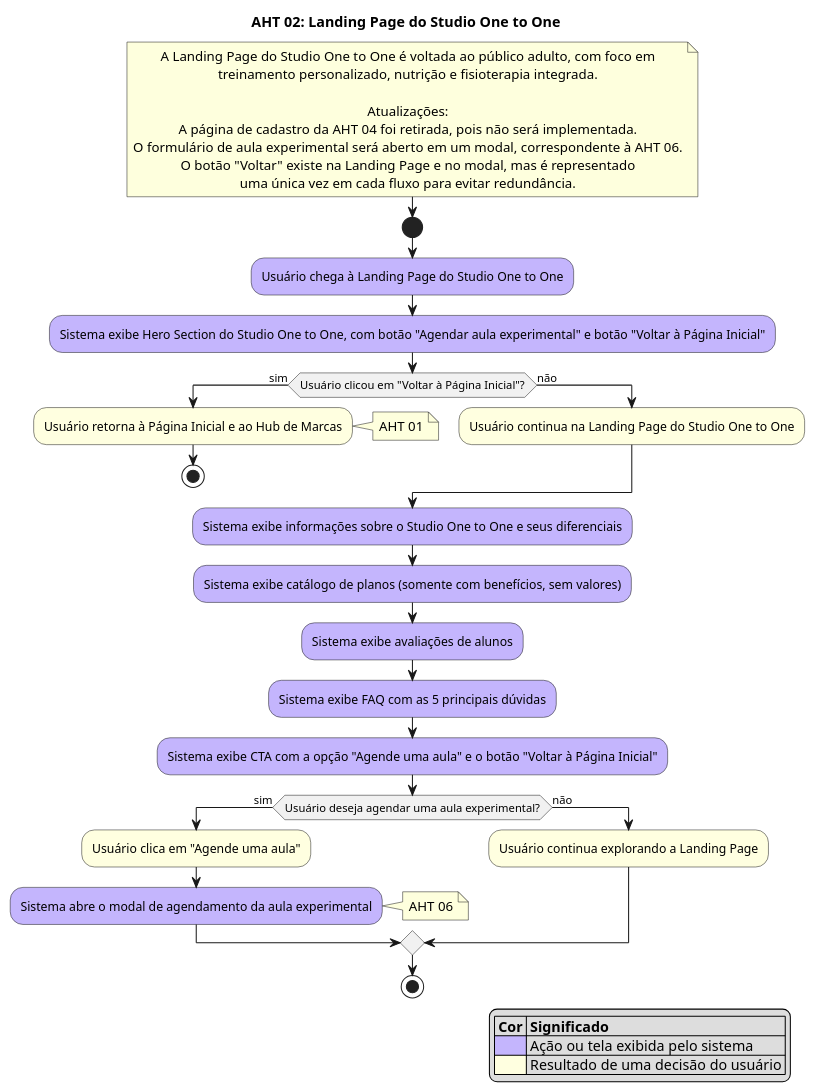
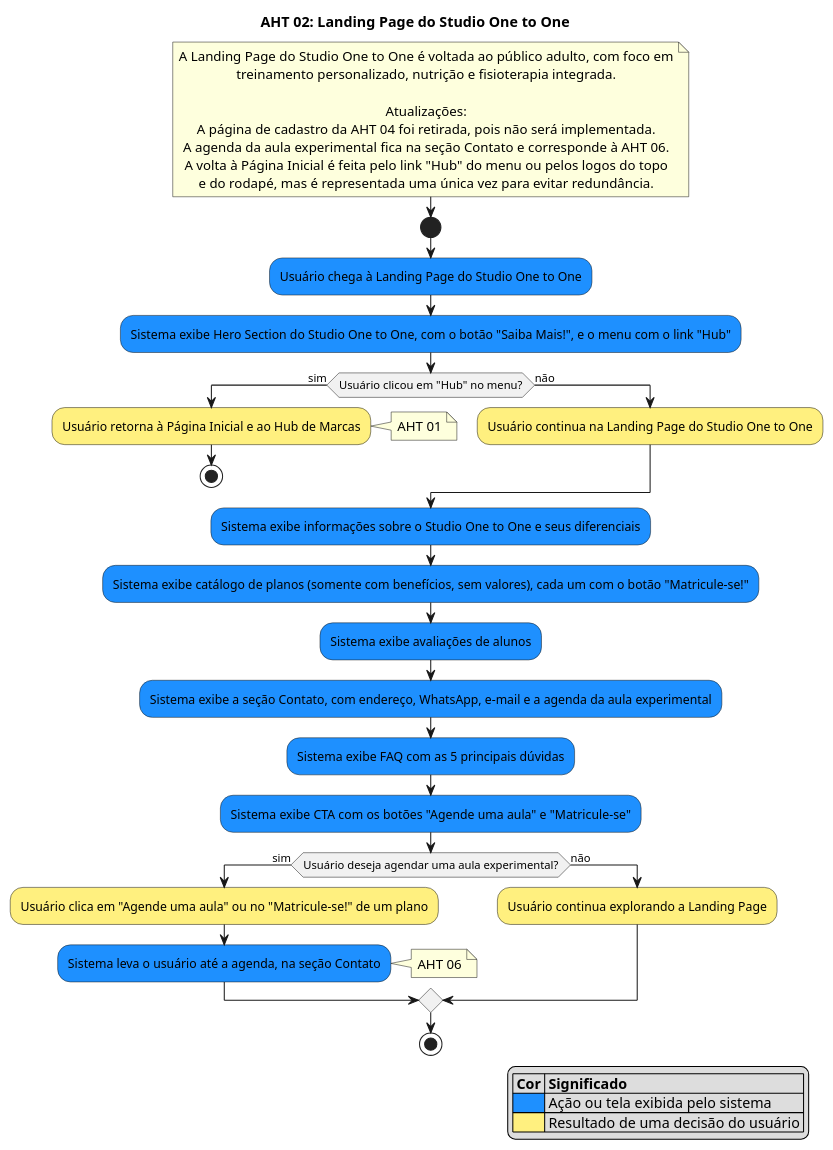
One commit to tav-ibmec/PFE-2026-2-Grupo-1-vanila changed the diagram in Documentos/AHTs/AHT02-OnetoOne-landing-page.puml. Above: the diagram before and after it, drawn with PlantUML. The commit also changed 1 other file, not shown here.

Commit message:
Atualizando a AHT 02

```diff
--- a/Documentos/AHTs/AHT02-OnetoOne-landing-page.puml
+++ b/Documentos/AHTs/AHT02-OnetoOne-landing-page.puml
@@ -1,50 +1,51 @@
 @startuml AHT02-OnetoOne-landing-page
 skinparam DefaultTextAlignment center
 title AHT 02: Landing Page do Studio One to One
 
 note right
   A Landing Page do Studio One to One é voltada ao público adulto, com foco em
   treinamento personalizado, nutrição e fisioterapia integrada.
 
   Atualizações:
   A página de cadastro da AHT 04 foi retirada, pois não será implementada.
-  O formulário de aula experimental será aberto em um modal, correspondente à AHT 06.
-  O botão "Voltar" existe na Landing Page e no modal, mas é representado
-  uma única vez em cada fluxo para evitar redundância.
+  A agenda da aula experimental fica na seção Contato e corresponde à AHT 06.
+  A volta à Página Inicial é feita pelo link "Hub" do menu ou pelos logos do topo
+  e do rodapé, mas é representada uma única vez para evitar redundância.
 end note
 
 start
 
-#C4B5FD:Usuário chega à Landing Page do Studio One to One;
-#C4B5FD:Sistema exibe Hero Section do Studio One to One, com botão "Agendar aula experimental" e botão "Voltar à Página Inicial";
+#1E90FF:Usuário chega à Landing Page do Studio One to One;
+#1E90FF:Sistema exibe Hero Section do Studio One to One, com o botão "Saiba Mais!", e o menu com o link "Hub";
 
-if (Usuário clicou em "Voltar à Página Inicial"?) then (sim)
-  #lightyellow:Usuário retorna à Página Inicial e ao Hub de Marcas;
+if (Usuário clicou em "Hub" no menu?) then (sim)
+  #FFF07F:Usuário retorna à Página Inicial e ao Hub de Marcas;
   note right: AHT 01
   stop
 else (não)
-  #lightyellow:Usuário continua na Landing Page do Studio One to One;
+  #FFF07F:Usuário continua na Landing Page do Studio One to One;
 endif
 
-#C4B5FD:Sistema exibe informações sobre o Studio One to One e seus diferenciais;
-#C4B5FD:Sistema exibe catálogo de planos (somente com benefícios, sem valores);
-#C4B5FD:Sistema exibe avaliações de alunos;
-#C4B5FD:Sistema exibe FAQ com as 5 principais dúvidas;
-#C4B5FD:Sistema exibe CTA com a opção "Agende uma aula" e o botão "Voltar à Página Inicial";
+#1E90FF:Sistema exibe informações sobre o Studio One to One e seus diferenciais;
+#1E90FF:Sistema exibe catálogo de planos (somente com benefícios, sem valores), cada um com o botão "Matricule-se!";
+#1E90FF:Sistema exibe avaliações de alunos;
+#1E90FF:Sistema exibe a seção Contato, com endereço, WhatsApp, e-mail e a agenda da aula experimental;
+#1E90FF:Sistema exibe FAQ com as 5 principais dúvidas;
+#1E90FF:Sistema exibe CTA com os botões "Agende uma aula" e "Matricule-se";
 
 if (Usuário deseja agendar uma aula experimental?) then (sim)
-  #lightyellow:Usuário clica em "Agende uma aula";
-  #C4B5FD:Sistema abre o modal de agendamento da aula experimental;
+  #FFF07F:Usuário clica em "Agende uma aula" ou no "Matricule-se!" de um plano;
+  #1E90FF:Sistema leva o usuário até a agenda, na seção Contato;
   note right: AHT 06
 else (não)
-  #lightyellow:Usuário continua explorando a Landing Page;
+  #FFF07F:Usuário continua explorando a Landing Page;
 endif
 
 legend right
   |= Cor |= Significado |
-  |<#C4B5FD>| Ação ou tela exibida pelo sistema |
-  |<#lightyellow>| Resultado de uma decisão do usuário |
+  |<#1E90FF>| Ação ou tela exibida pelo sistema |
+  |<#FFF07F>| Resultado de uma decisão do usuário |
 endlegend
 
 stop
 @enduml
```
